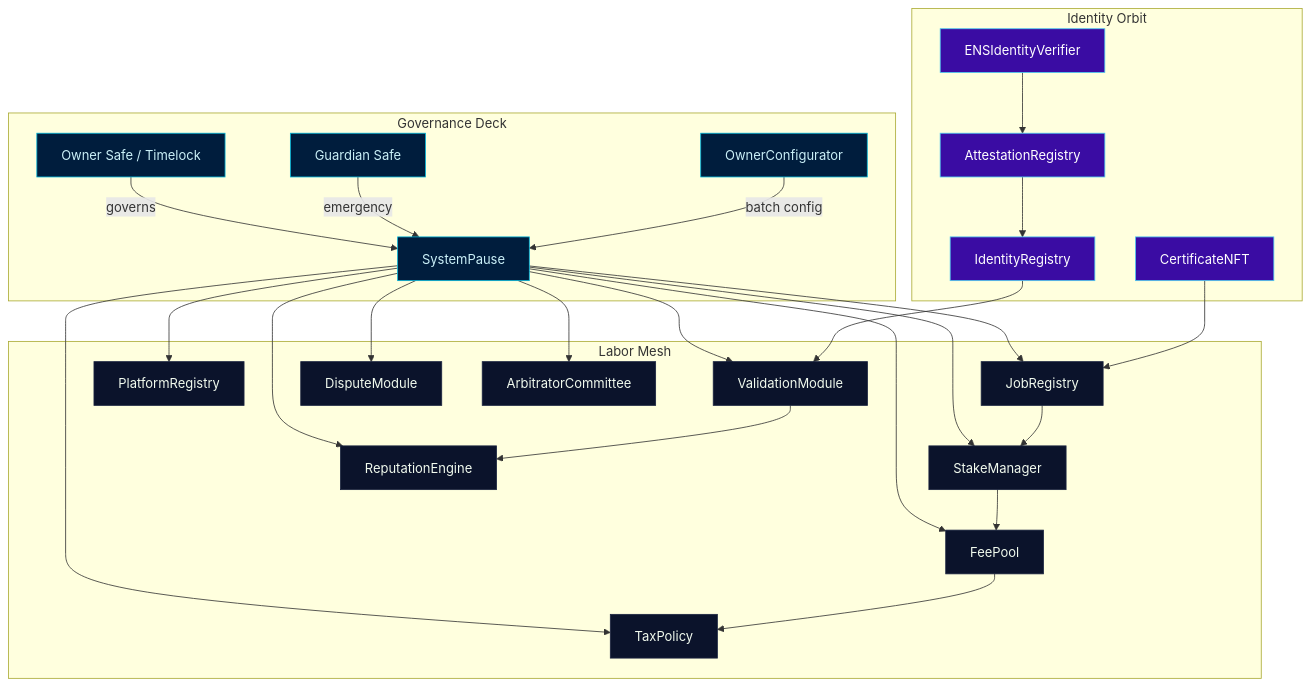
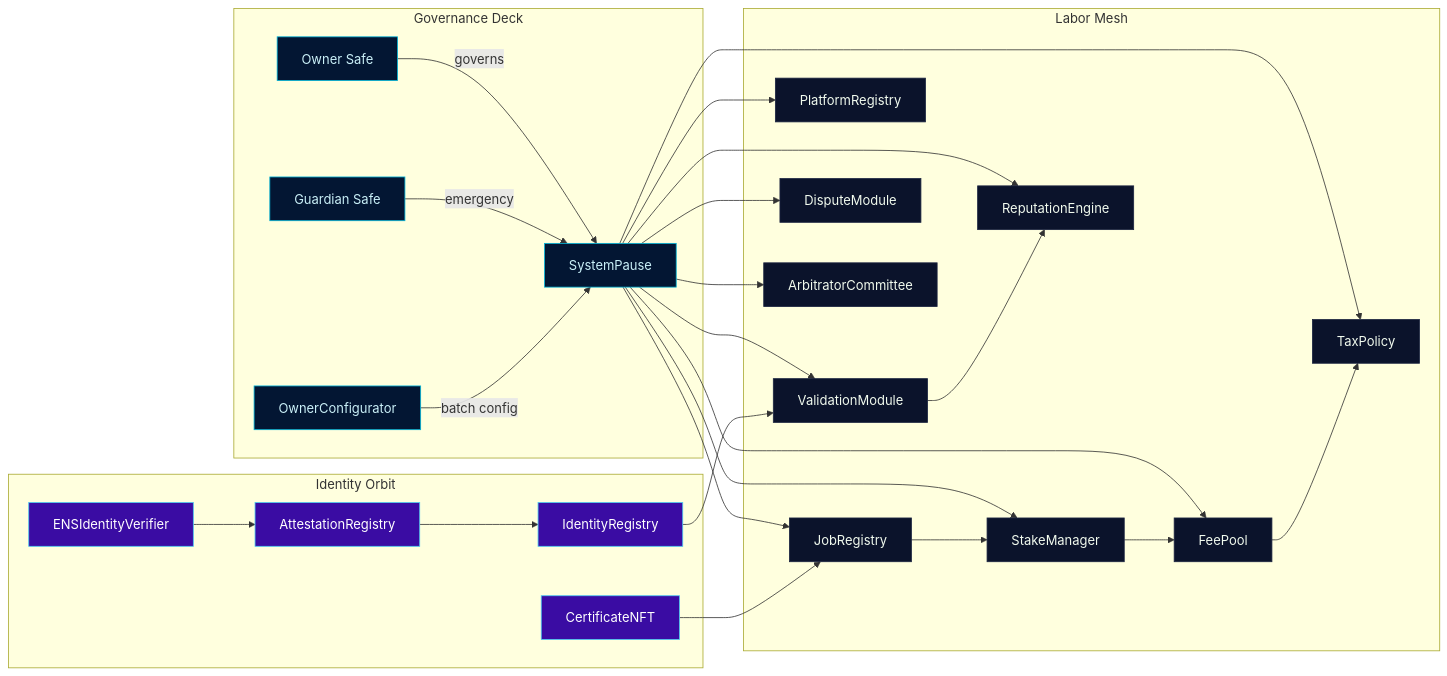
One commit to MontrealAI/agijobs-sovereign-labor-v0p1 changed the first of 5 diagrams in docs/README.md. Above: the diagram before and after it, drawn with Mermaid. The commit also changed other lines of this file, not shown here.

Commit message:
docs: refresh sovereign labor codex

````diff
--- a/docs/README.md
+++ b/docs/README.md
@@ -79,44 +50,44 @@
 ```mermaid
-flowchart TB
-    subgraph Governance Deck
-        owner[Owner Safe / Timelock]
+graph LR
+    subgraph Governance[Governance Deck]
+        owner[Owner Safe]
         guardian[Guardian Safe]
         configurator[OwnerConfigurator]
-        pauseHub[SystemPause]
+        pause[SystemPause]
     end
-    subgraph Labor Mesh
+    subgraph LaborMesh[Labor Mesh]
         job[JobRegistry]
         stake[StakeManager]
         platform[PlatformRegistry]
         validate[ValidationModule]
         dispute[DisputeModule]
         fee[FeePool]
         rep[ReputationEngine]
         arb[ArbitratorCommittee]
         tax[TaxPolicy]
     end
-    subgraph Identity Orbit
+    subgraph Identity[Identity Orbit]
         id[IdentityRegistry]
         attest[AttestationRegistry]
         cert[CertificateNFT]
         ens[ENSIdentityVerifier]
     end
-    owner -->|governs| pauseHub
-    guardian -->|emergency| pauseHub
-    configurator -->|batch config| pauseHub
-    pauseHub --> job & stake & platform & validate & dispute & fee & rep & arb & tax
+    owner -->|governs| pause
+    guardian -->|emergency| pause
+    configurator -->|batch config| pause
+    pause --> job & stake & platform & validate & dispute & fee & rep & arb & tax
+    validate --> rep
     job --> stake
     stake --> fee
     fee --> tax
-    validate --> rep
     id --> validate
     attest --> id
+    ens --> attest
     cert --> job
-    ens --> attest
-    classDef deck fill:#001d3d,stroke:#00b4d8,color:#caf0f8;
-    classDef mesh fill:#0b132b,stroke:#1c2541,color:#f1faee;
-    classDef orbit fill:#3a0ca3,stroke:#4cc9f0,color:#fff;
-    class owner,guardian,configurator,pauseHub deck;
-    class job,stake,platform,validate,dispute,fee,rep,arb,tax mesh;
-    class id,attest,cert,ens orbit;
+    classDef Governance fill:#031633,stroke:#00b4d8,color:#caf0f8;
+    classDef LaborMesh fill:#0b132b,stroke:#1c2541,color:#f1faee;
+    classDef Identity fill:#3a0ca3,stroke:#4cc9f0,color:#fff;
+    class owner,guardian,configurator,pause Governance;
+    class job,stake,platform,validate,dispute,fee,rep,arb,tax LaborMesh;
+    class id,attest,cert,ens Identity;
 ```
````
